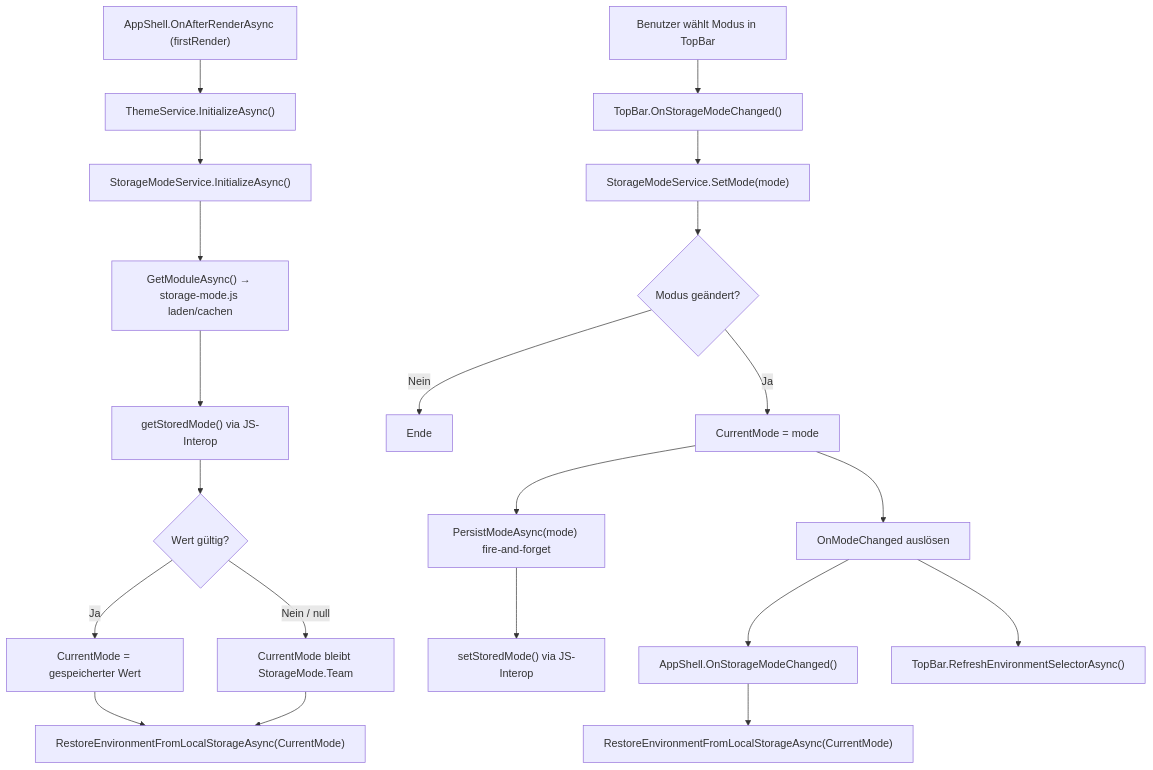
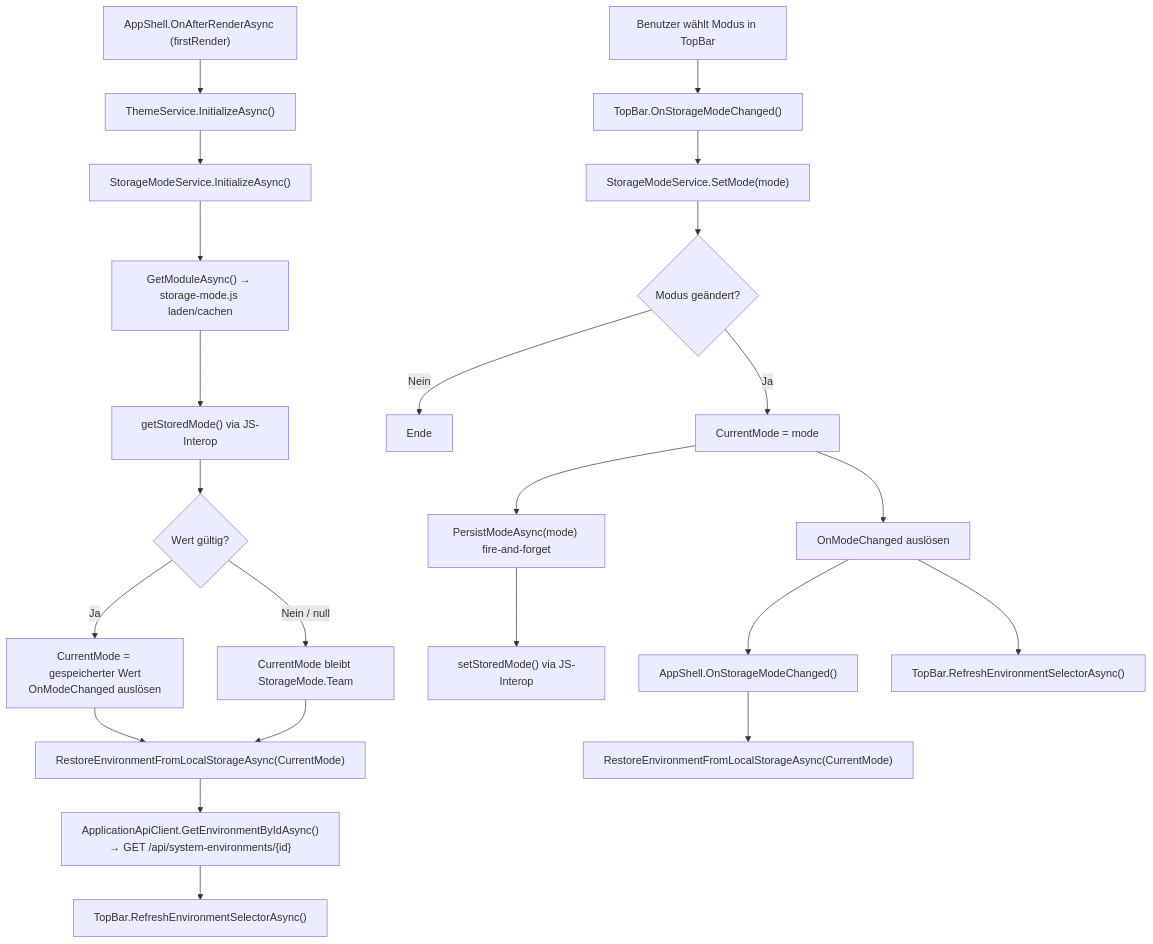
Before and after one commit to martin-stromberg/Schnittstellenzentrale: the diagram in docs/help/speichermodus/ablauf-technisch.md, drawn with Mermaid. The commit also changed other lines of this file and 2 other files, not shown here.

````diff
--- a/docs/help/speichermodus/ablauf-technisch.md
+++ b/docs/help/speichermodus/ablauf-technisch.md
@@ -54,24 +58,26 @@
 ```mermaid
 flowchart TD
     A["AppShell.OnAfterRenderAsync (firstRender)"] --> B["ThemeService.InitializeAsync()"]
     B --> C["StorageModeService.InitializeAsync()"]
     C --> D["GetModuleAsync() → storage-mode.js laden/cachen"]
     D --> E["getStoredMode() via JS-Interop"]
     E --> F{"Wert gültig?"}
-    F -- Ja --> G["CurrentMode = gespeicherter Wert"]
+    F -- Ja --> G["CurrentMode = gespeicherter Wert\nOnModeChanged auslösen"]
     F -- Nein / null --> H["CurrentMode bleibt StorageMode.Team"]
     G --> I["RestoreEnvironmentFromLocalStorageAsync(CurrentMode)"]
     H --> I
+    I --> I2["ApplicationApiClient.GetEnvironmentByIdAsync()\n→ GET /api/system-environments/{id}"]
+    I2 --> J2["TopBar.RefreshEnvironmentSelectorAsync()"]
 
     J["Benutzer wählt Modus in TopBar"] --> K["TopBar.OnStorageModeChanged()"]
     K --> L["StorageModeService.SetMode(mode)"]
     L --> M{"Modus geändert?"}
     M -- Nein --> N["Ende"]
     M -- Ja --> O["CurrentMode = mode"]
     O --> P["PersistModeAsync(mode) fire-and-forget"]
     O --> Q["OnModeChanged auslösen"]
     P --> R["setStoredMode() via JS-Interop"]
     Q --> S["AppShell.OnStorageModeChanged()"]
     S --> T["RestoreEnvironmentFromLocalStorageAsync(CurrentMode)"]
     Q --> U["TopBar.RefreshEnvironmentSelectorAsync()"]
 ```
````
